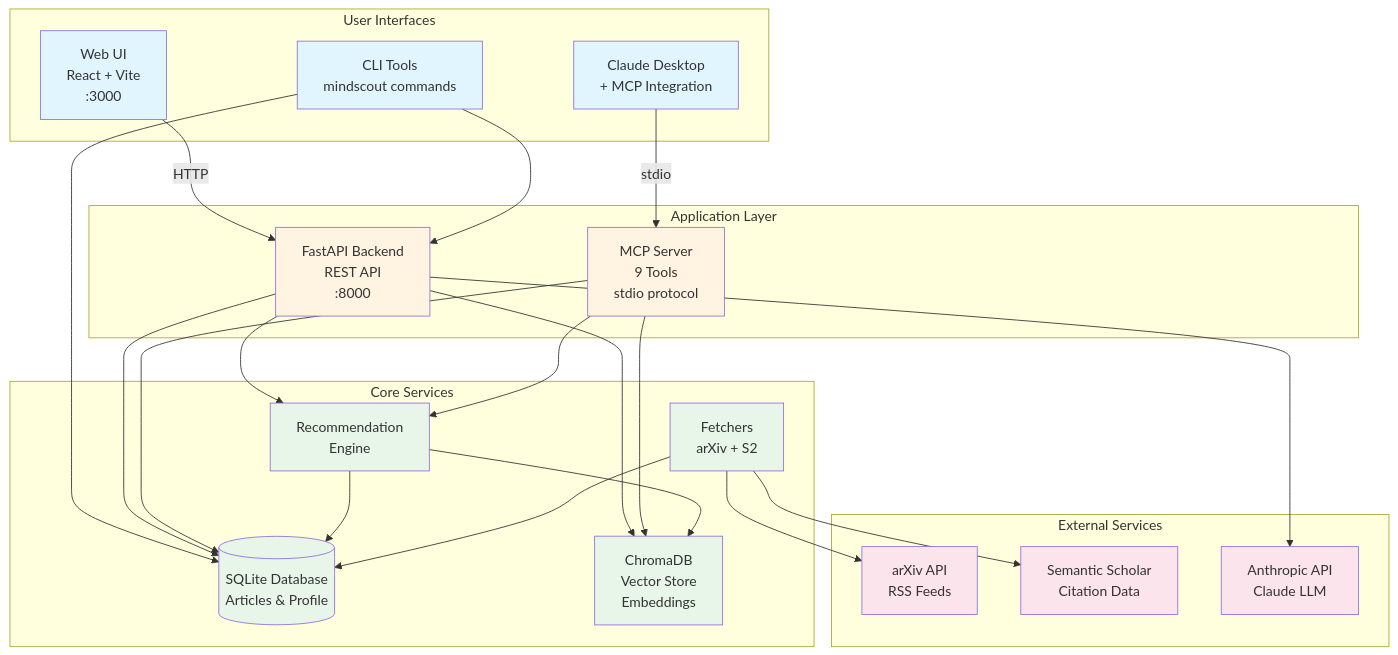
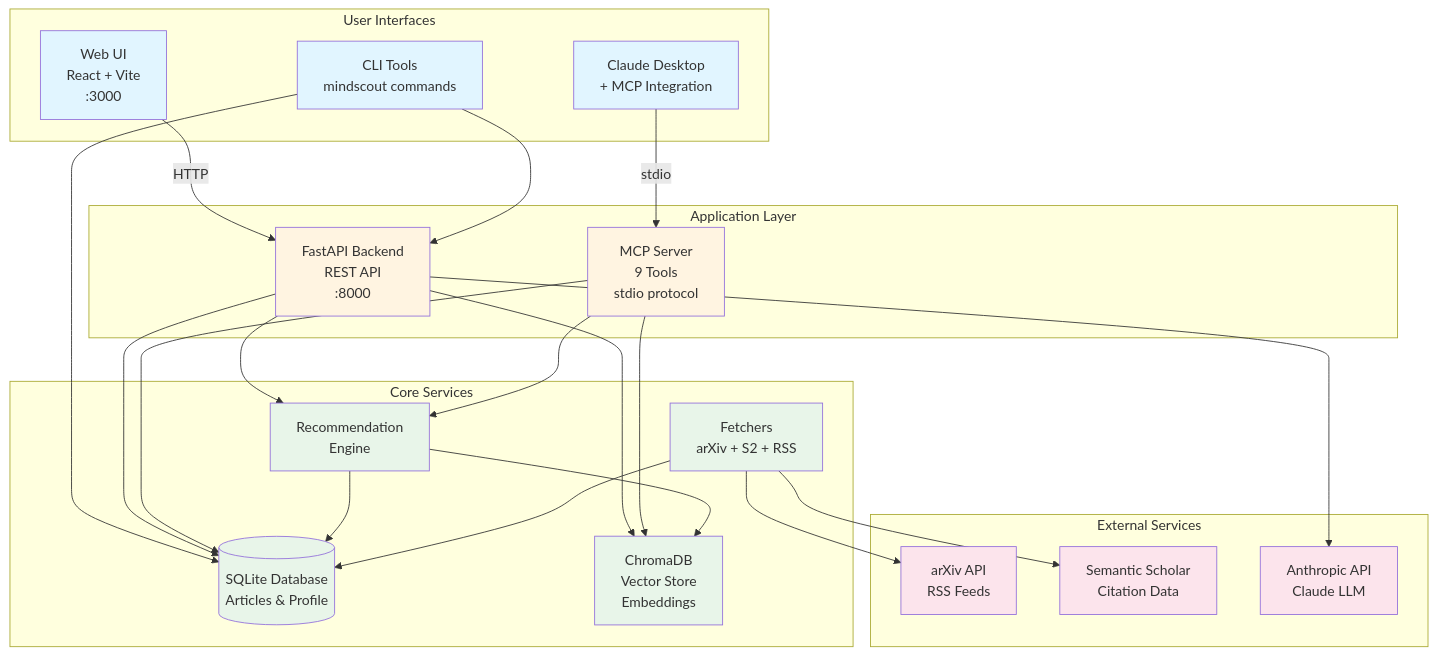
The first of 14 diagrams in docs/architecture/diagrams.md (katebennu/mind-scout), drawn with Mermaid before and after one commit. The commit also changed other lines of this file and 1 other file, not shown here.

First line of the commit message:
docs: update architecture diagrams with RSS and notifications

````diff
--- a/docs/architecture/diagrams.md
+++ b/docs/architecture/diagrams.md
@@ -7,59 +7,59 @@
 ```mermaid
 graph TB
     subgraph "User Interfaces"
         WEB[Web UI<br/>React + Vite<br/>:3000]
         CLI[CLI Tools<br/>mindscout commands]
         CLAUDE[Claude Desktop<br/>+ MCP Integration]
     end
 
     subgraph "Application Layer"
         API[FastAPI Backend<br/>REST API<br/>:8000]
         MCP[MCP Server<br/>9 Tools<br/>stdio protocol]
     end
 
     subgraph "Core Services"
         DB[(SQLite Database<br/>Articles & Profile)]
         VS[ChromaDB<br/>Vector Store<br/>Embeddings]
         REC[Recommendation<br/>Engine]
-        FETCH[Fetchers<br/>arXiv + S2]
+        FETCH[Fetchers<br/>arXiv + S2 + RSS]
     end
 
     subgraph "External Services"
         ARXIV[arXiv API<br/>RSS Feeds]
         S2[Semantic Scholar<br/>Citation Data]
         ANTHROPIC[Anthropic API<br/>Claude LLM]
     end
 
     WEB -->|HTTP| API
     CLI --> API
     CLI --> DB
     CLAUDE -->|stdio| MCP
 
     API --> DB
     API --> VS
     API --> REC
     MCP --> DB
     MCP --> VS
     MCP --> REC
 
     REC --> DB
     REC --> VS
     FETCH --> ARXIV
     FETCH --> S2
     FETCH --> DB
 
     API --> ANTHROPIC
 
     style WEB fill:#e1f5ff
     style CLI fill:#e1f5ff
     style CLAUDE fill:#e1f5ff
     style API fill:#fff4e1
     style MCP fill:#fff4e1
     style DB fill:#e8f5e9
     style VS fill:#e8f5e9
     style REC fill:#e8f5e9
     style FETCH fill:#e8f5e9
     style ARXIV fill:#fce4ec
     style S2 fill:#fce4ec
     style ANTHROPIC fill:#fce4ec
 ```
````
